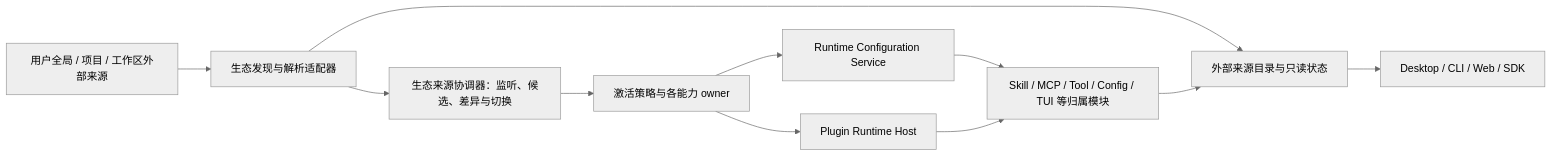
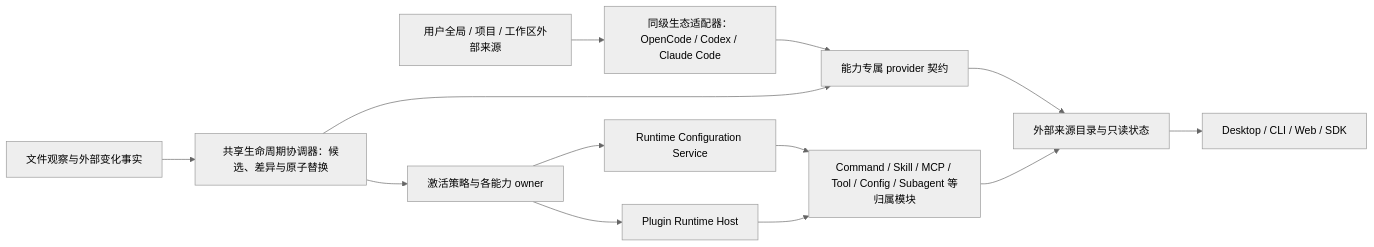
One commit to 1688mengdie/BitFun changed the diagram in docs/architecture/extensions/external-ai-work-sources-design.md. Above: the diagram before and after it, drawn with Mermaid (neutral theme). The commit also changed other lines of this file and 62 other files, not shown here.

Commit message:
feat(extensions): add OpenCode prompt command sources

````diff
--- a/docs/architecture/extensions/external-ai-work-sources-design.md
+++ b/docs/architecture/extensions/external-ai-work-sources-design.md
@@ -174,23 +178,27 @@
 ```mermaid
 flowchart LR
   Sources["用户全局 / 项目 / 工作区外部来源"]
-  Adapter["生态发现与解析适配器"]
+  Adapters["同级生态适配器：OpenCode / Codex / Claude Code"]
+  Ports["能力专属 provider 契约"]
   Catalog["外部来源目录与只读状态"]
-  Coordinator["生态来源协调器：监听、候选、差异与切换"]
+  Watch["文件观察与外部变化事实"]
+  Coordinator["共享生命周期协调器：候选、差异与原子替换"]
   Policy["激活策略与各能力 owner"]
   Config["Runtime Configuration Service"]
   Host["Plugin Runtime Host"]
-  Owners["Skill / MCP / Tool / Config / TUI 等归属模块"]
+  Owners["Command / Skill / MCP / Tool / Config / Subagent 等归属模块"]
   Surface["Desktop / CLI / Web / SDK"]
 
-  Sources --> Adapter
-  Adapter --> Catalog
-  Adapter --> Coordinator
+  Sources --> Adapters
+  Adapters --> Ports
+  Watch --> Coordinator
+  Coordinator --> Ports
+  Ports --> Catalog
   Catalog --> Surface
   Coordinator --> Policy
   Policy --> Config
   Policy --> Host
   Config --> Owners
   Host --> Owners
   Owners --> Catalog
 ```
````
